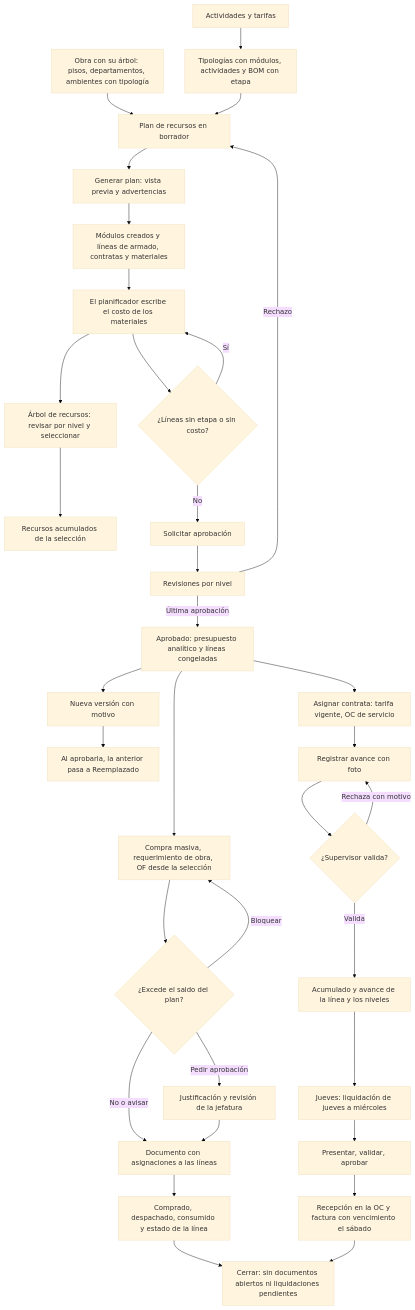
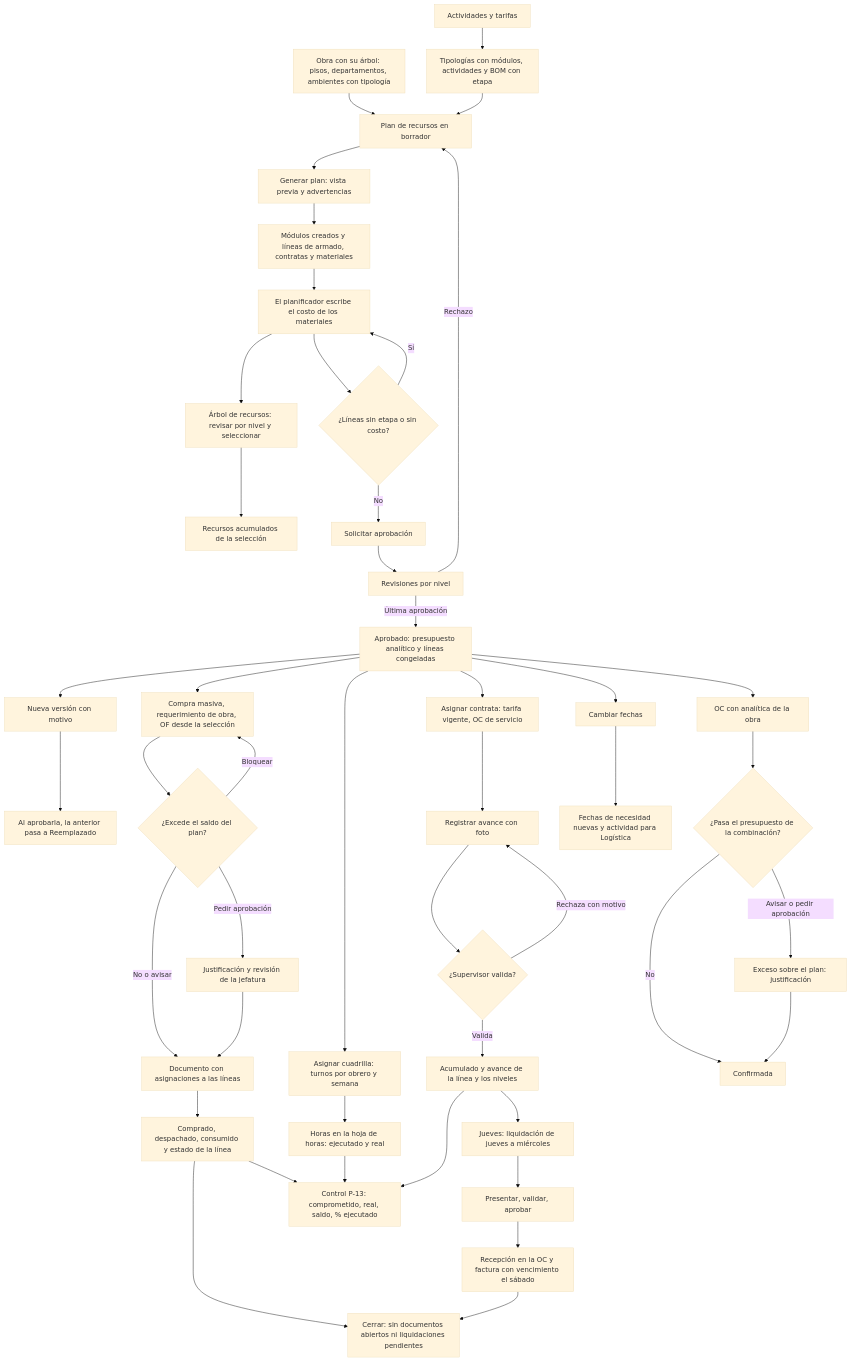
The diagram in OL-PROJECTS/al_construction_planner/GUIA_FUNCIONAL.md (olanoit/ol_new_apps), drawn with Mermaid (base theme) before and after one commit. The commit also changed other lines of this file and 42 other files, not shown here.

First line of the commit message:
[IMP] al_construction_planner: fase 7, control de saldo y personal propio

````diff
--- a/OL-PROJECTS/al_construction_planner/GUIA_FUNCIONAL.md
+++ b/OL-PROJECTS/al_construction_planner/GUIA_FUNCIONAL.md
@@ -64,33 +77,41 @@
 ```mermaid
 flowchart TD
   A[Actividades y tarifas] --> C[Tipologías con módulos, actividades y BOM con etapa]
   B[Obra con su árbol: pisos, departamentos, ambientes con tipología] --> D
   C --> D[Plan de recursos en borrador]
   D --> E[Generar plan: vista previa y advertencias]
   E --> F[Módulos creados y líneas de armado, contratas y materiales]
   F --> G[El planificador escribe el costo de los materiales]
   G --> H[Árbol de recursos: revisar por nivel y seleccionar]
   H --> I[Recursos acumulados de la selección]
   G --> J{¿Líneas sin etapa o sin costo?}
   J -- Sí --> G
   J -- No --> K[Solicitar aprobación]
   K --> L[Revisiones por nivel]
   L -- Rechazo --> D
   L -- Última aprobación --> M[Aprobado: presupuesto analítico y líneas congeladas]
   M --> N[Nueva versión con motivo]
   N --> O[Al aprobarla, la anterior pasa a Reemplazado]
   M --> Q[Compra masiva, requerimiento de obra, OF desde la selección]
   Q --> R{¿Excede el saldo del plan?}
   R -- No o avisar --> S[Documento con asignaciones a las líneas]
   R -- Pedir aprobación --> T[Justificación y revisión de la jefatura] --> S
   R -- Bloquear --> Q
   S --> U[Comprado, despachado, consumido y estado de la línea]
   M --> V[Asignar contrata: tarifa vigente, OC de servicio]
   V --> W[Registrar avance con foto] --> X{¿Supervisor valida?}
   X -- Rechaza con motivo --> W
   X -- Valida --> Y[Acumulado y avance de la línea y los niveles]
   Y --> Z[Jueves: liquidación de jueves a miércoles]
   Z --> Z1[Presentar, validar, aprobar] --> Z2[Recepción en la OC y factura con vencimiento el sábado]
+  M --> CU[Asignar cuadrilla: turnos por obrero y semana] --> CH[Horas en la hoja de horas: ejecutado y real]
+  M --> OC[OC con analítica de la obra] --> OB{¿Pasa el presupuesto de la combinación?}
+  OB -- No --> OK[Confirmada]
+  OB -- Avisar o pedir aprobación --> OW[Exceso sobre el plan: justificación] --> OK
+  U --> CT[Control P-13: comprometido, real, saldo, % ejecutado]
+  CH --> CT
+  Y --> CT
+  M --> CF[Cambiar fechas] --> CL[Fechas de necesidad nuevas y actividad para Logística]
   U --> P[Cerrar: sin documentos abiertos ni liquidaciones pendientes]
   Z2 --> P
 ```
````
